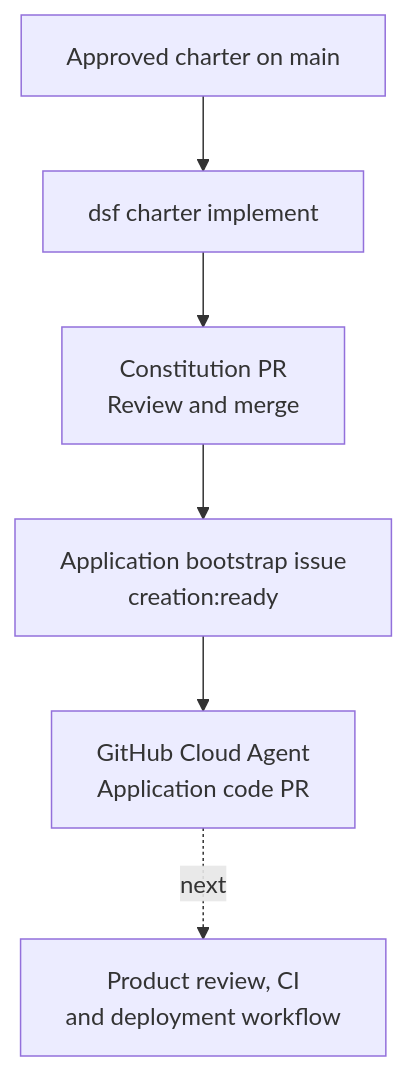
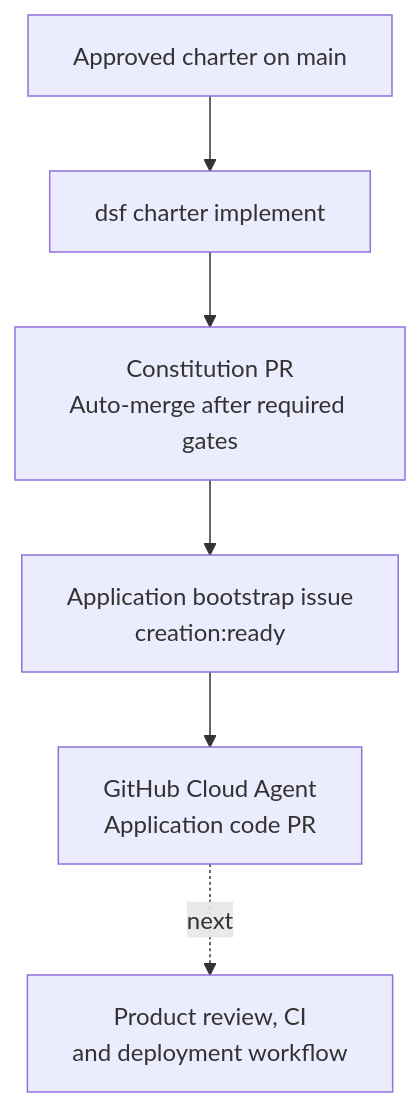
Before and after one commit to JoranBergfeld/dark-software-factory: the diagram in docs/site/get-started/implement-application.md, drawn with Mermaid. The commit also changed other lines of this file and 11 other files, not shown here.

First line of the commit message:
fix: automate charter setup and require application quality gates

````diff
--- a/docs/site/get-started/implement-application.md
+++ b/docs/site/get-started/implement-application.md
@@ -24,8 +30,8 @@
 ```mermaid
 flowchart TD
     Charter["Approved charter on main"] --> Implement["dsf charter implement"]
-    Implement --> Constitution["Constitution PR<br/>Review and merge"]
+    Implement --> Constitution["Constitution PR<br/>Auto-merge after required gates"]
     Constitution --> Issue["Application bootstrap issue<br/>creation:ready"]
     Issue --> Agent["GitHub Cloud Agent<br/>Application code PR"]
     Agent -.->|next| Release["Product review, CI<br/>and deployment workflow"]
 ```
````
